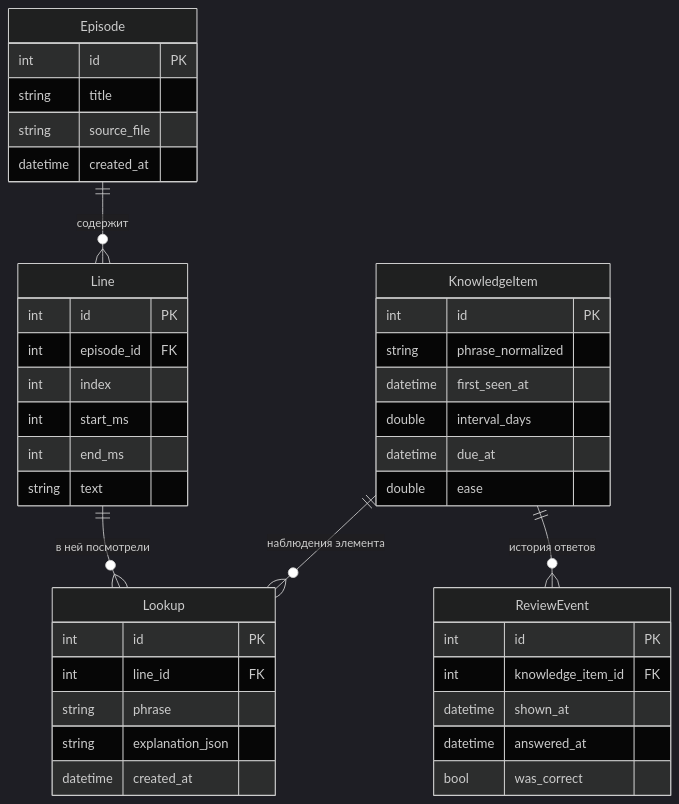
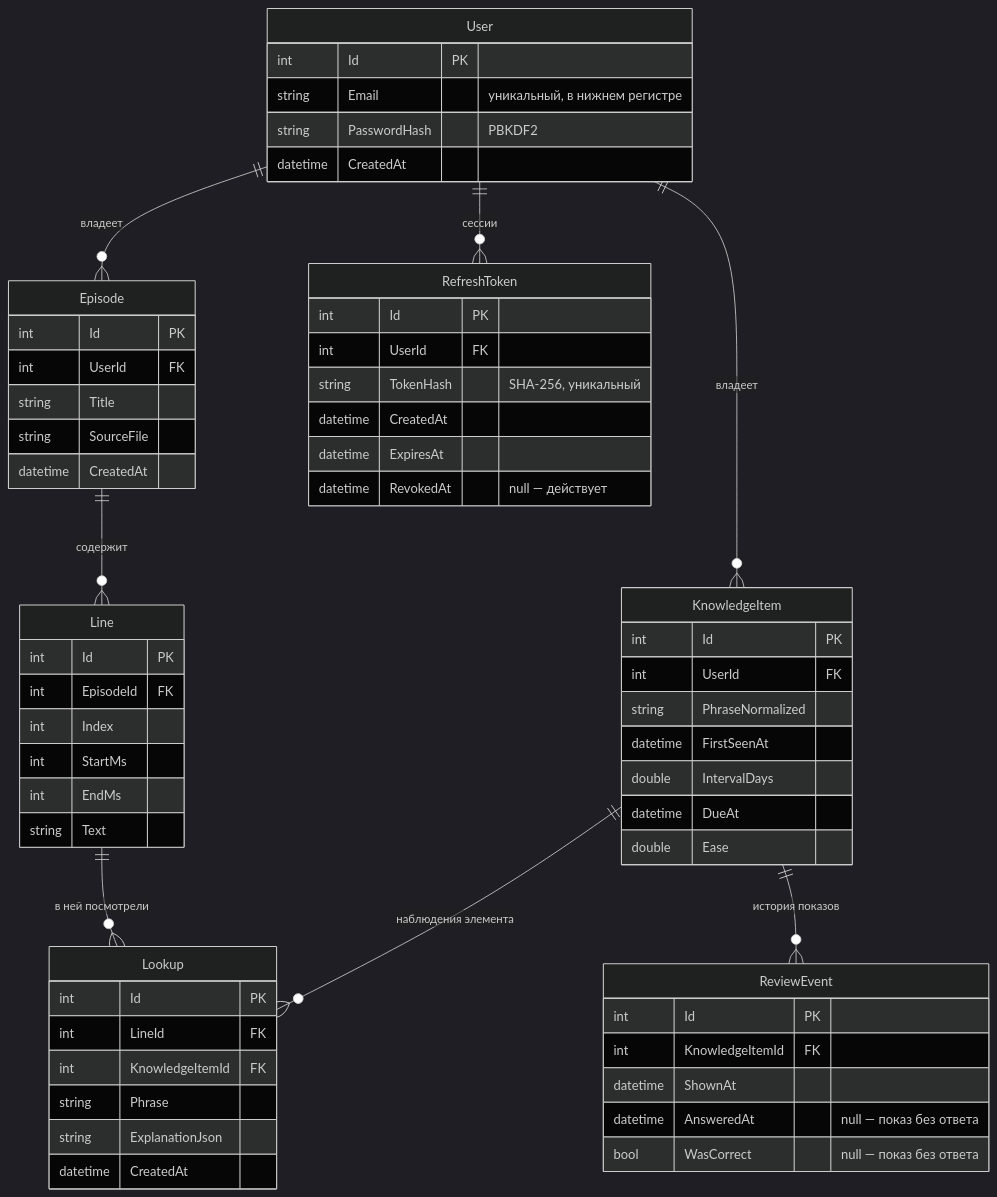
One commit to k0baboba/EasyLangApi changed the third of 8 diagrams in docs/04-architecture.md. Above: the diagram before and after it, drawn with Mermaid (dark theme). The commit also changed other lines of this file and 6 other files, not shown here.

````diff
--- a/docs/04-architecture.md
+++ b/docs/04-architecture.md
@@ -98,44 +133,64 @@
 ```mermaid
 erDiagram
+    User ||--o{ Episode : "владеет"
+    User ||--o{ KnowledgeItem : "владеет"
+    User ||--o{ RefreshToken : "сессии"
     Episode ||--o{ Line : "содержит"
     Line ||--o{ Lookup : "в ней посмотрели"
     KnowledgeItem ||--o{ Lookup : "наблюдения элемента"
-    KnowledgeItem ||--o{ ReviewEvent : "история ответов"
+    KnowledgeItem ||--o{ ReviewEvent : "история показов"
 
+    User {
+        int Id PK
+        string Email "уникальный, в нижнем регистре"
+        string PasswordHash "PBKDF2"
+        datetime CreatedAt
+    }
+    RefreshToken {
+        int Id PK
+        int UserId FK
+        string TokenHash "SHA-256, уникальный"
+        datetime CreatedAt
+        datetime ExpiresAt
+        datetime RevokedAt "null — действует"
+    }
     Episode {
-        int id PK
-        string title
-        string source_file
-        datetime created_at
+        int Id PK
+        int UserId FK
+        string Title
+        string SourceFile
+        datetime CreatedAt
     }
     Line {
-        int id PK
-        int episode_id FK
-        int index
-        int start_ms
-        int end_ms
-        string text
+        int Id PK
+        int EpisodeId FK
+        int Index
+        int StartMs
+        int EndMs
+        string Text
     }
     Lookup {
-        int id PK
-        int line_id FK
-        string phrase
-        string explanation_json
-        datetime created_at
+        int Id PK
+        int LineId FK
+        int KnowledgeItemId FK
+        string Phrase
+        string ExplanationJson
+        datetime CreatedAt
     }
     KnowledgeItem {
-        int id PK
-        string phrase_normalized
-        datetime first_seen_at
-        double interval_days
-        datetime due_at
-        double ease
+        int Id PK
+        int UserId FK
+        string PhraseNormalized
+        datetime FirstSeenAt
+        double IntervalDays
+        datetime DueAt
+        double Ease
     }
     ReviewEvent {
-        int id PK
-        int knowledge_item_id FK
-        datetime shown_at
-        datetime answered_at
-        bool was_correct
+        int Id PK
+        int KnowledgeItemId FK
+        datetime ShownAt
+        datetime AnsweredAt "null — показ без ответа"
+        bool WasCorrect "null — показ без ответа"
     }
 ```
````
